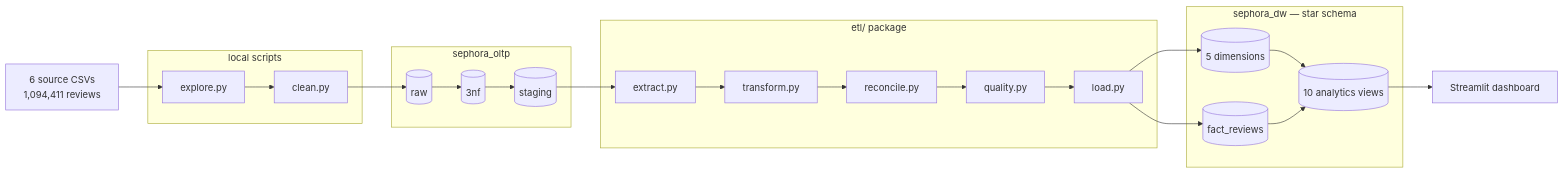
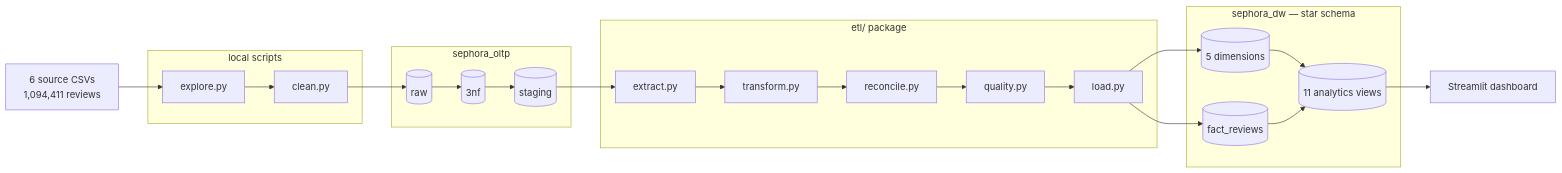
Before and after one commit to samekshya/sephora-analytics-pipeline: the first of 3 diagrams in README.md, drawn with Mermaid. The commit also changed other lines of this file and 18 other files, not shown here.

````diff
--- a/README.md
+++ b/README.md
@@ -48,39 +48,39 @@
 ```mermaid
 flowchart LR
     CSV["6 source CSVs<br/>1,094,411 reviews"]
 
     subgraph CLEAN["local scripts"]
         EXP["explore.py"]
         CLN["clean.py"]
     end
 
     subgraph OLTP["sephora_oltp"]
         RAW[("raw")]
         NF[("3nf")]
         STG[("staging")]
     end
 
     subgraph ETL["etl/ package"]
         EX["extract.py"]
         TR["transform.py"]
         RC["reconcile.py"]
         QA["quality.py"]
         LD["load.py"]
     end
 
     subgraph DW["sephora_dw — star schema"]
         DIMS[("5 dimensions")]
         FACT[("fact_reviews")]
-        VIEWS[("10 analytics views")]
+        VIEWS[("11 analytics views")]
     end
 
     BI["Streamlit dashboard"]
 
     CSV --> EXP --> CLN --> RAW --> NF --> STG
     STG --> EX --> TR --> RC --> QA --> LD
     LD --> DIMS
     LD --> FACT
     DIMS --> VIEWS
     FACT --> VIEWS
     VIEWS --> BI
 ```
````
